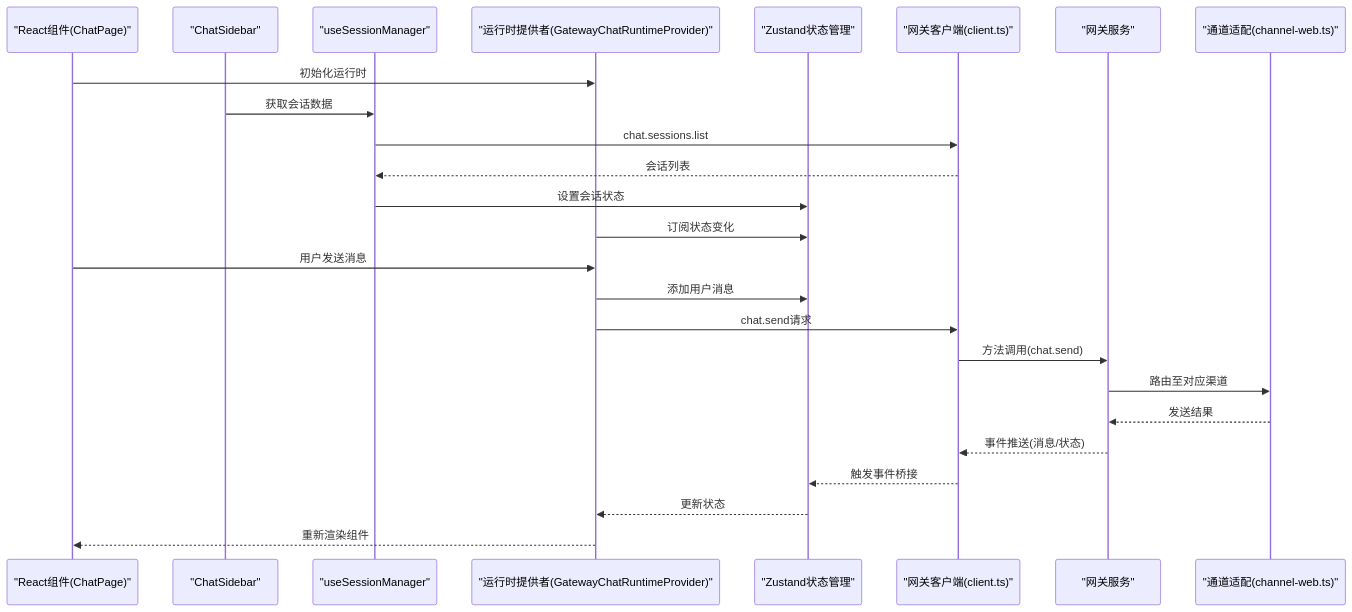
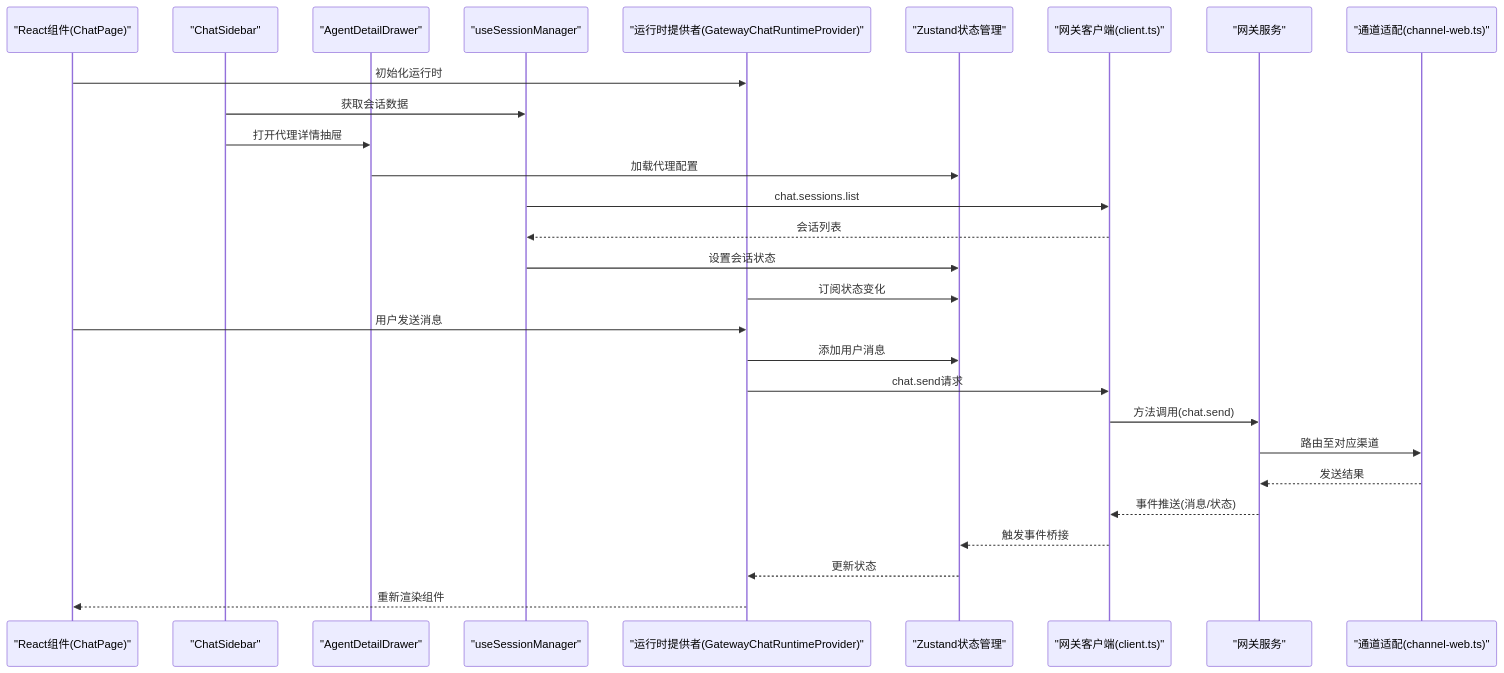
Before and after one commit to verse-ai-org/openclaw: the second of 17 diagrams in .qoder/repowiki/zh/content/Web界面/WebChat界面/WebChat界面.md, drawn with Mermaid. The commit also changed other lines of this file and 55 other files, not shown here.

````diff
--- a/.qoder/repowiki/zh/content/Web界面/WebChat界面/WebChat界面.md
+++ b/.qoder/repowiki/zh/content/Web界面/WebChat界面/WebChat界面.md
@@ -178,27 +194,30 @@
 ```mermaid
 sequenceDiagram
 participant UI as "React组件(ChatPage)"
 participant Sidebar as "ChatSidebar"
+participant AgentDetail as "AgentDetailDrawer"
 participant SessionManager as "useSessionManager"
 participant Runtime as "运行时提供者(GatewayChatRuntimeProvider)"
 participant Store as "Zustand状态管理"
 participant Client as "网关客户端(client.ts)"
 participant Gateway as "网关服务"
 participant Channel as "通道适配(channel-web.ts)"
 UI->>Runtime : 初始化运行时
 Sidebar->>SessionManager : 获取会话数据
+Sidebar->>AgentDetail : 打开代理详情抽屉
+AgentDetail->>Store : 加载代理配置
 SessionManager->>Client : chat.sessions.list
 Client-->>SessionManager : 会话列表
 SessionManager->>Store : 设置会话状态
 Runtime->>Store : 订阅状态变化
 UI->>Runtime : 用户发送消息
 Runtime->>Store : 添加用户消息
 Runtime->>Client : chat.send请求
 Client->>Gateway : 方法调用(chat.send)
 Gateway->>Channel : 路由至对应渠道
 Channel-->>Gateway : 发送结果
 Gateway-->>Client : 事件推送(消息/状态)
 Client-->>Store : 触发事件桥接
 Store-->>Runtime : 更新状态
 Runtime-->>UI : 重新渲染组件
 ```
````
